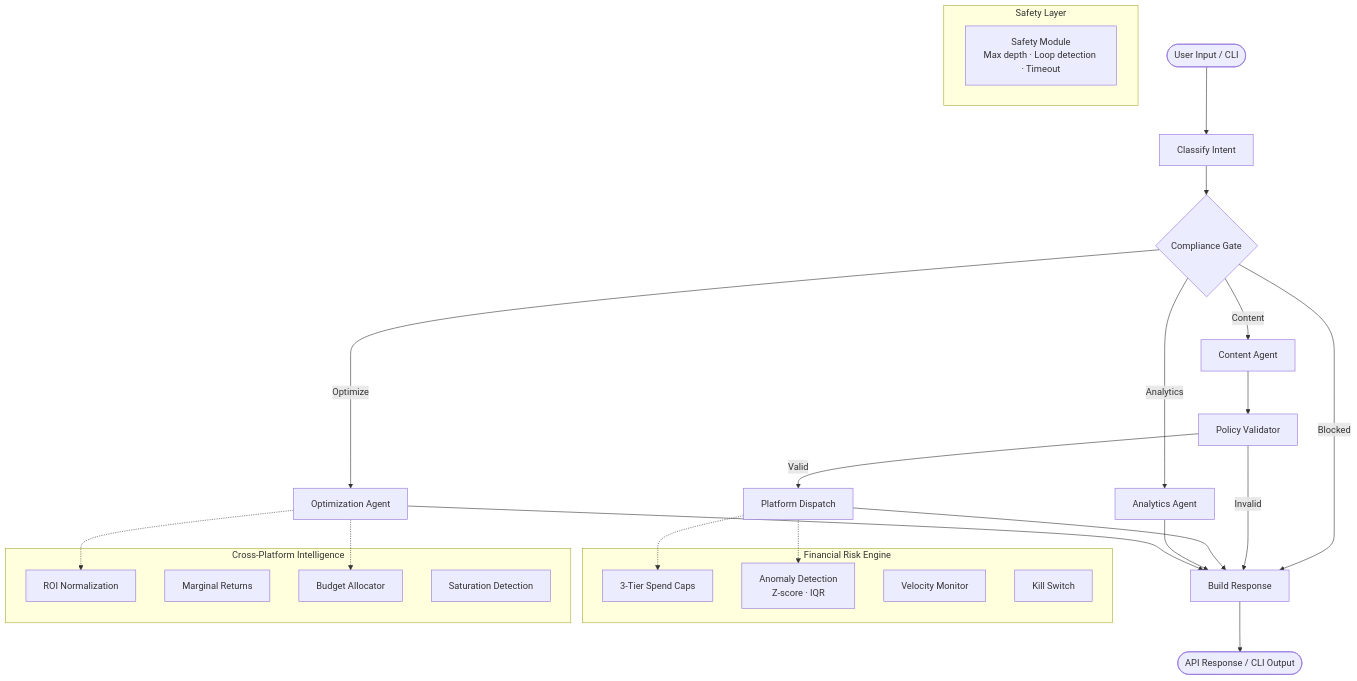
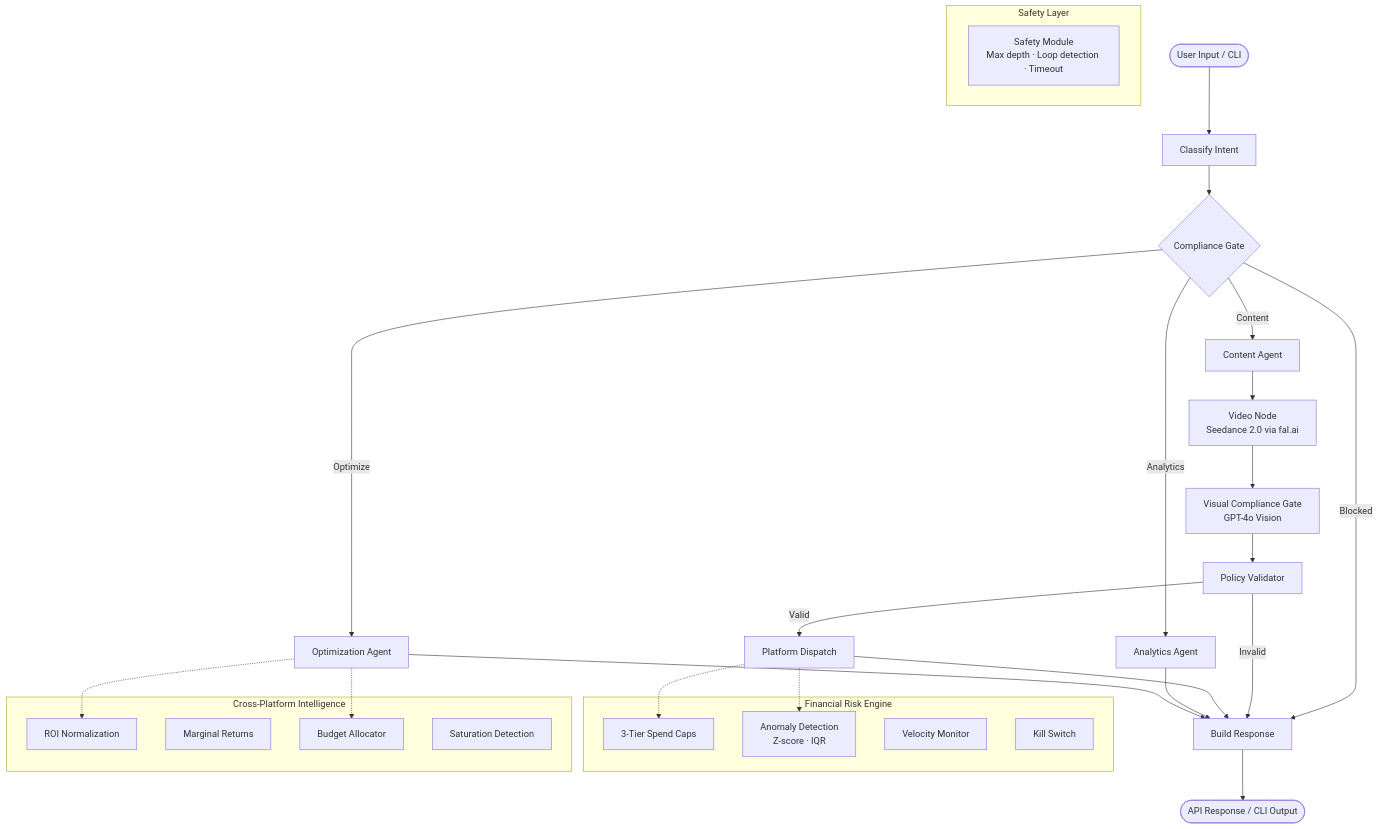
Before and after one commit to aroznammu/orchestra-ai: the diagram in README.md, drawn with Mermaid. The commit also changed other lines of this file and 2 other files, not shown here.

````diff
--- a/README.md
+++ b/README.md
@@ -104,42 +109,44 @@
 ```mermaid
 graph TD
     INPUT([User Input / CLI]) --> CLASSIFY[Classify Intent]
     CLASSIFY --> COMPLIANCE{Compliance Gate}
 
     COMPLIANCE -->|Blocked| RESPOND[Build Response]
     COMPLIANCE -->|Content| CONTENT[Content Agent]
     COMPLIANCE -->|Analytics| ANALYTICS[Analytics Agent]
     COMPLIANCE -->|Optimize| OPTIMIZER[Optimization Agent]
 
-    CONTENT --> POLICY[Policy Validator]
+    CONTENT --> VIDEO[Video Node<br/>Seedance 2.0 via fal.ai]
+    VIDEO --> VCG[Visual Compliance Gate<br/>GPT-4o Vision]
+    VCG --> POLICY[Policy Validator]
     POLICY -->|Valid| PLATFORM[Platform Dispatch]
     POLICY -->|Invalid| RESPOND
 
     PLATFORM --> RESPOND
     ANALYTICS --> RESPOND
     OPTIMIZER --> RESPOND
     RESPOND --> OUTPUT([API Response / CLI Output])
 
     subgraph Safety Layer
         SAFETY[Safety Module<br/>Max depth · Loop detection · Timeout]
     end
 
     subgraph Financial Risk Engine
         CAPS[3-Tier Spend Caps]
         ANOMALY[Anomaly Detection<br/>Z-score · IQR]
         VELOCITY[Velocity Monitor]
         KILL[Kill Switch]
     end
 
     subgraph Cross-Platform Intelligence
         ROI[ROI Normalization]
         MARGINAL[Marginal Returns]
         BUDGET[Budget Allocator]
         SATURATION[Saturation Detection]
     end
 
     PLATFORM -.-> CAPS
     PLATFORM -.-> ANOMALY
     OPTIMIZER -.-> ROI
     OPTIMIZER -.-> BUDGET
 ```
````
